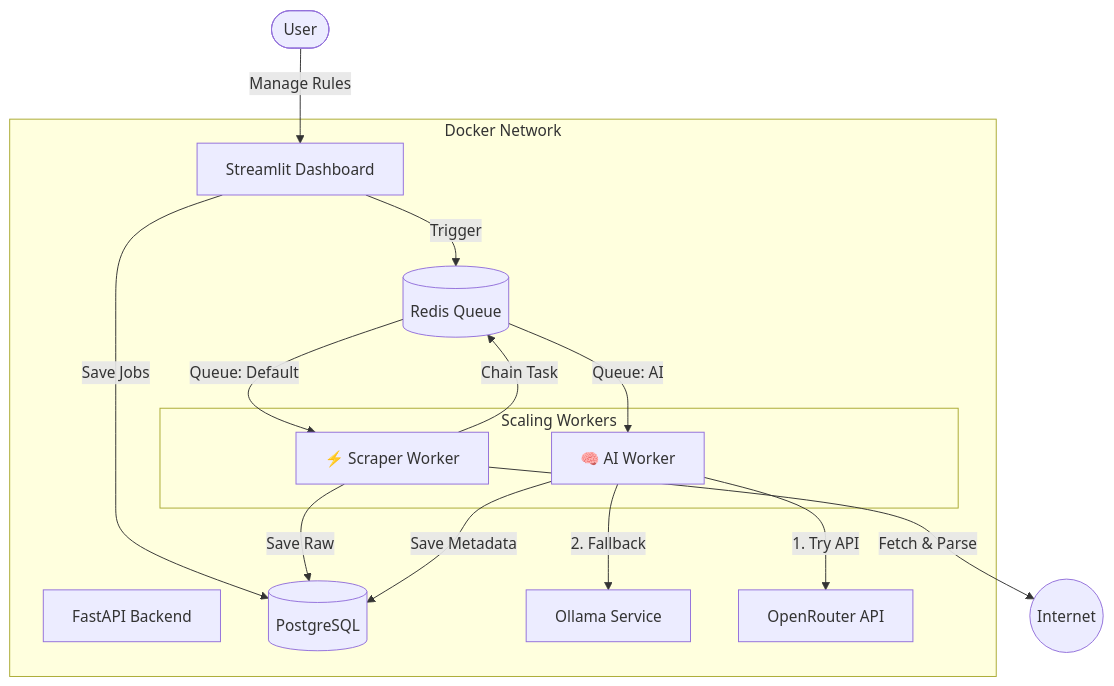
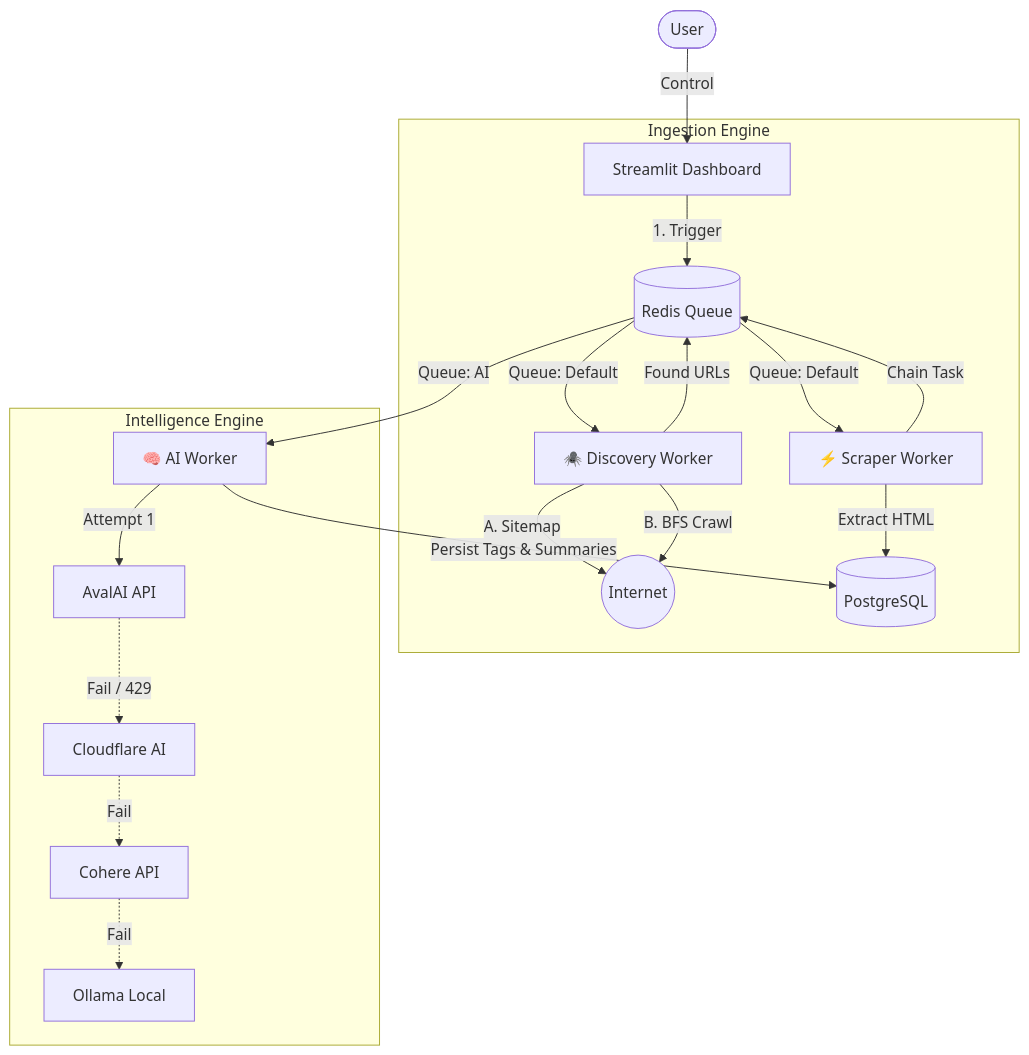
Before and after one commit to abtn/nexus-smart-scraper: the diagram in README.md, drawn with Mermaid. The commit also changed other lines of this file, not shown here.

````diff
--- a/README.md
+++ b/README.md
@@ -27,32 +73,26 @@
 ```mermaid
 graph TD
-    User([User])
-    subgraph "Docker Network"
-        Dash[Streamlit Dashboard]
-        API[FastAPI Backend]
-        DB[(PostgreSQL)]
-        Redis[(Redis Queue)]
-        
-        subgraph "Scaling Workers"
-            Scraper[⚡ Scraper Worker]
-            Enricher[🧠 AI Worker]
-        end
-        
-        BrainLocal[Ollama Service]
-        BrainCloud[OpenRouter API]
+    User([User]) -->|Control| Dash[Streamlit Dashboard]
+    
+    subgraph "Ingestion Engine"
+        Dash -->|1. Trigger| Redis[(Redis Queue)]
+        Redis -->|Queue: Default| Discovery[🕷️ Discovery Worker]
+        Discovery -->|A. Sitemap| Net((Internet))
+        Discovery -->|B. BFS Crawl| Net
+        Discovery -->|Found URLs| Redis
+        Redis -->|Queue: Default| Scraper[⚡ Scraper Worker]
+        Scraper -->|Extract HTML| DB[(PostgreSQL)]
     end
 
-    User -->|Manage Rules| Dash
-    Dash -->|Save Jobs| DB
-    Dash -->|Trigger| Redis
-    
-    Redis -->|Queue: Default| Scraper
-    Scraper -->|Fetch & Parse| Internet((Internet))
-    Scraper -->|Save Raw| DB
-    Scraper -->|Chain Task| Redis
-    
-    Redis -->|Queue: AI| Enricher
-    Enricher -->|1. Try API| BrainCloud
-    Enricher -->|2. Fallback| BrainLocal
-    Enricher -->|Save Metadata| DB
+    subgraph "Intelligence Engine"
+        Scraper -->|Chain Task| Redis
+        Redis -->|Queue: AI| Enricher[🧠 AI Worker]
+        
+        Enricher -->|Attempt 1| AvalAI[AvalAI API]
+        AvalAI -.->|Fail / 429| CF[Cloudflare AI]
+        CF -.->|Fail| Cohere[Cohere API]
+        Cohere -.->|Fail| Local[Ollama Local]
+        
+        Enricher -->|Persist Tags & Summaries| DB
+    end
 ```
````
